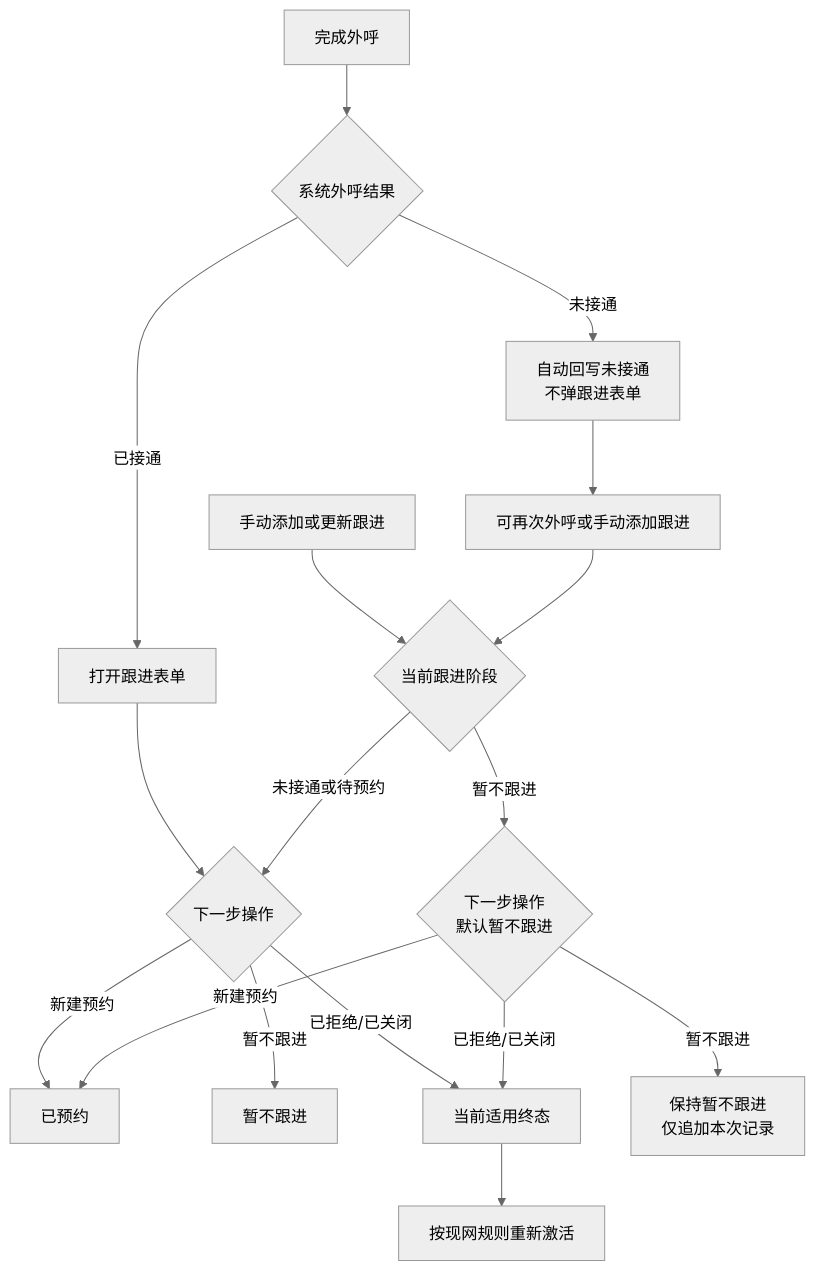
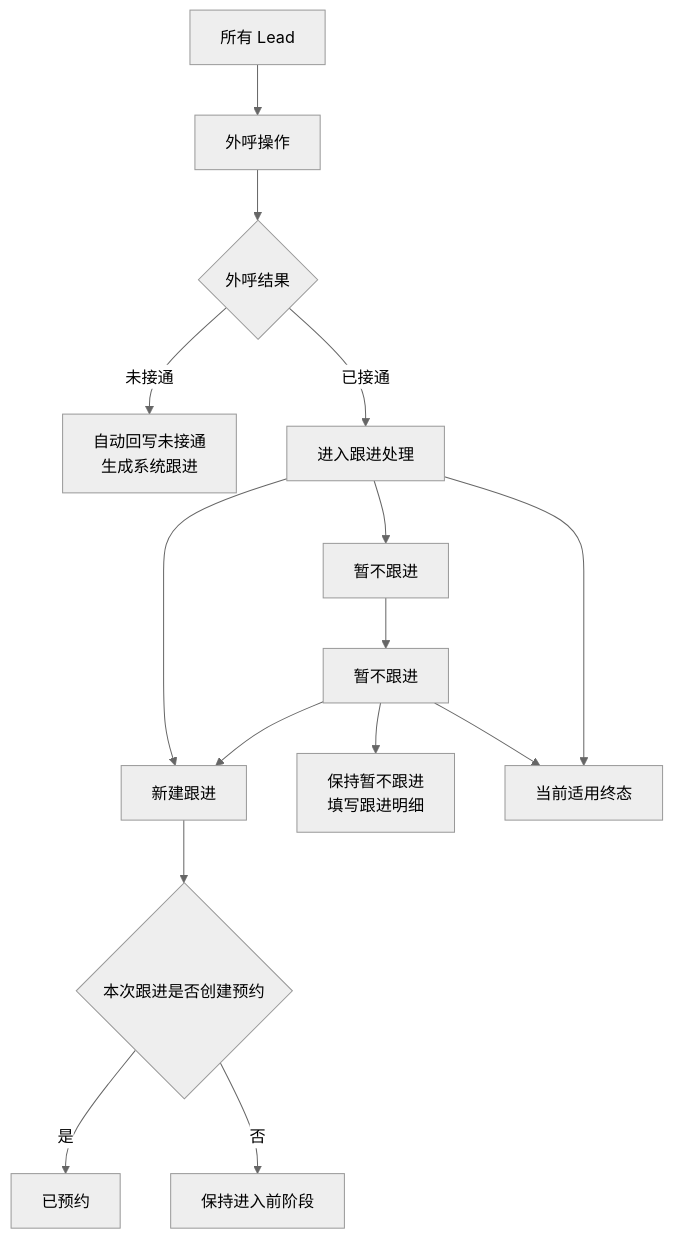
The diagram in projects/paused-follow-up-direct-outcome/prd/PRD.md (h3-ai-lab/hhhprd), drawn with Mermaid (neutral theme) before and after one commit. The commit also changed other lines of this file and 9 other files, not shown here.

````diff
--- a/projects/paused-follow-up-direct-outcome/prd/PRD.md
+++ b/projects/paused-follow-up-direct-outcome/prd/PRD.md
@@ -55,24 +97,21 @@
 ```mermaid
 flowchart TD
-    A[完成外呼] --> B{系统外呼结果}
-    B -->|未接通| C[自动回写未接通<br/>不弹跟进表单]
-    B -->|已接通| D[打开跟进表单]
+    A[所有 Lead] --> B[外呼操作]
+    B --> C{外呼结果}
+    C -->|未接通| D[自动回写未接通<br/>生成系统跟进]
+    C -->|已接通| E[进入跟进处理]
 
-    M[手动添加或更新跟进] --> E{当前跟进阶段}
+    E --> F[新建跟进]
+    E --> G[暂不跟进]
+    E --> H[当前适用终态]
 
-    D --> F{下一步操作}
-    F -->|新建预约| G[已预约]
-    F -->|暂不跟进| P[暂不跟进]
-    F -->|已拒绝/已关闭| T[当前适用终态]
+    F --> I{本次跟进是否创建预约}
+    I -->|是| J[已预约]
+    I -->|否| K[保持进入前阶段]
 
-    E -->|未接通或待预约| F
-    E -->|暂不跟进| H{下一步操作<br/>默认暂不跟进}
-    H -->|新建预约| G
-    H -->|暂不跟进| P2[保持暂不跟进<br/>仅追加本次记录]
-    H -->|已拒绝/已关闭| T
+    G --> P[暂不跟进]
 
-    C --> I[可再次外呼或手动添加跟进]
-    I --> E
-
-    T --> R[按现网规则重新激活]
+    P --> F
+    P --> P2[保持暂不跟进<br/>填写跟进明细]
+    P --> H
 ```
````
